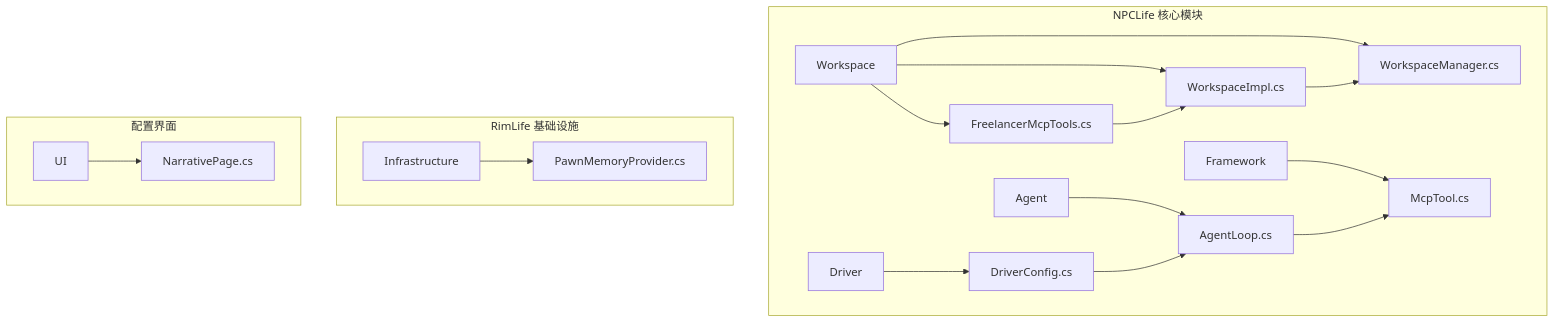
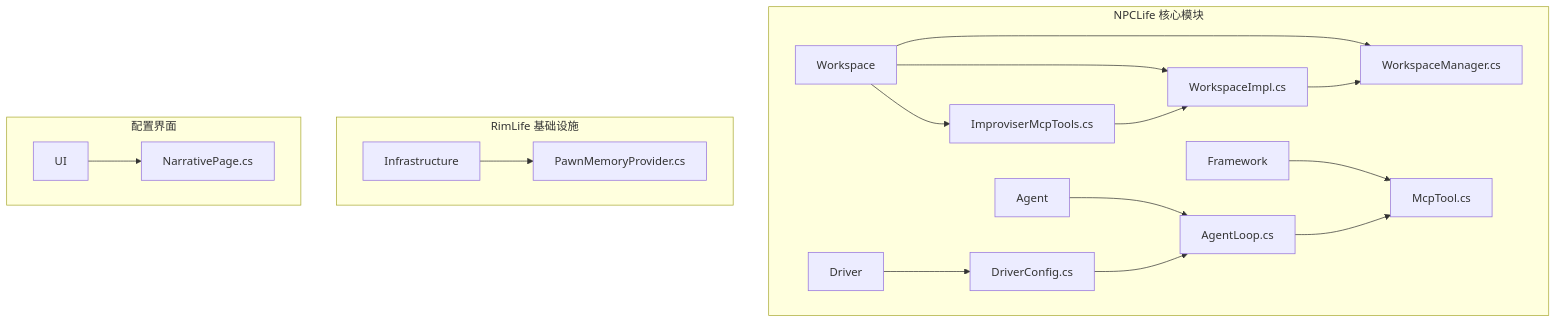
One commit to suzvka/RimLife changed the first of 7 diagrams in .qoder/repowiki/zh/content/智能叙事系统/自由职业者代理系统.md. Above: the diagram before and after it, drawn with Mermaid. The commit also changed other lines of this file and 26 other files, not shown here.

````diff
--- a/.qoder/repowiki/zh/content/智能叙事系统/自由职业者代理系统.md
+++ b/.qoder/repowiki/zh/content/智能叙事系统/自由职业者代理系统.md
@@ -48,21 +60,21 @@
 ```mermaid
 graph TB
 subgraph "NPCLife 核心模块"
-A[Workspace] --> B[FreelancerMcpTools.cs]
+A[Workspace] --> B[ImproviserMcpTools.cs]
 A --> C[WorkspaceImpl.cs]
 A --> D[WorkspaceManager.cs]
 E[Agent] --> F[AgentLoop.cs]
 G[Driver] --> H[DriverConfig.cs]
 I[Framework] --> J[McpTool.cs]
 end
 subgraph "RimLife 基础设施"
 K[Infrastructure] --> L[PawnMemoryProvider.cs]
 end
 subgraph "配置界面"
 M[UI] --> N[NarrativePage.cs]
 end
 B --> C
 C --> D
 F --> J
 H --> F
 ```
````
